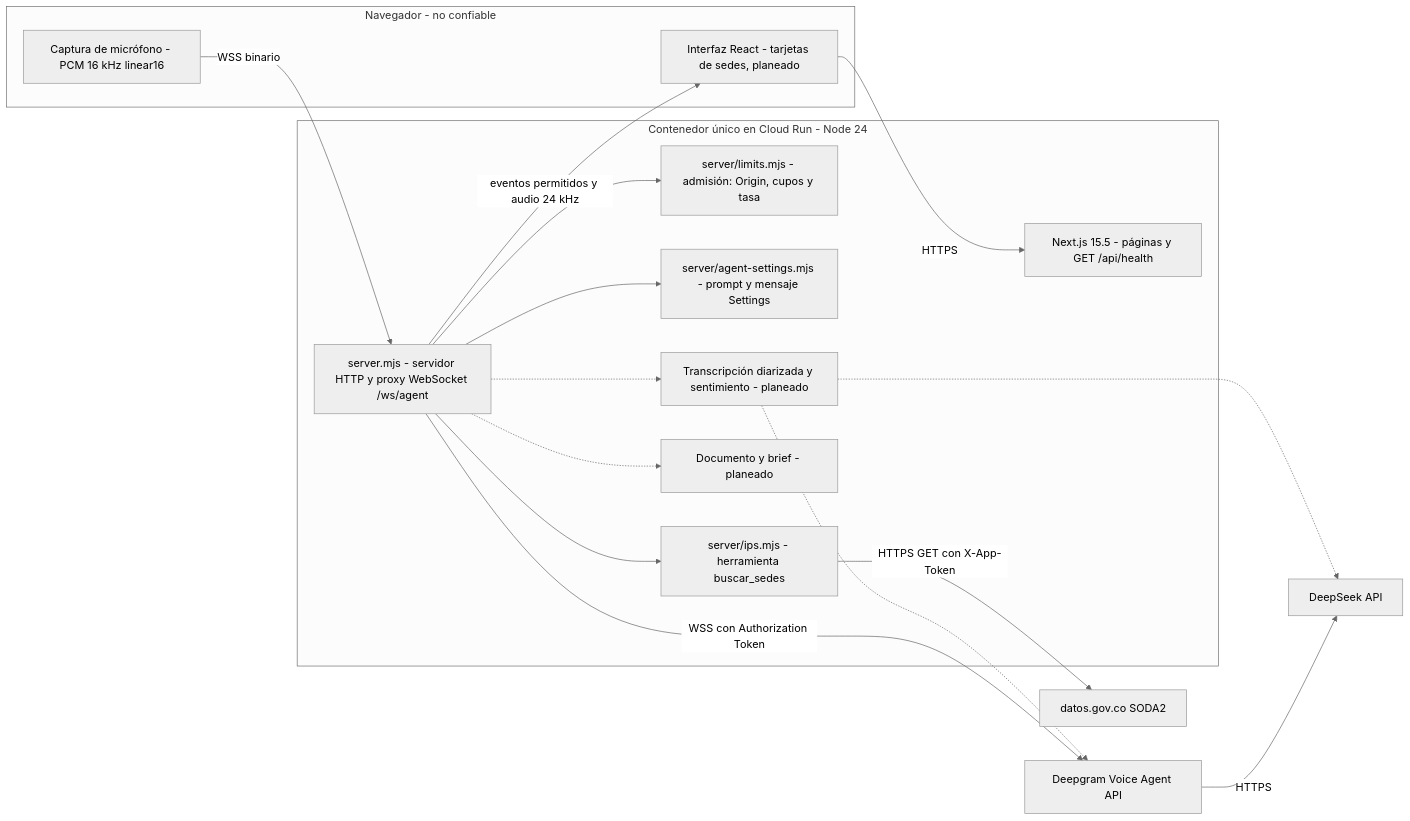
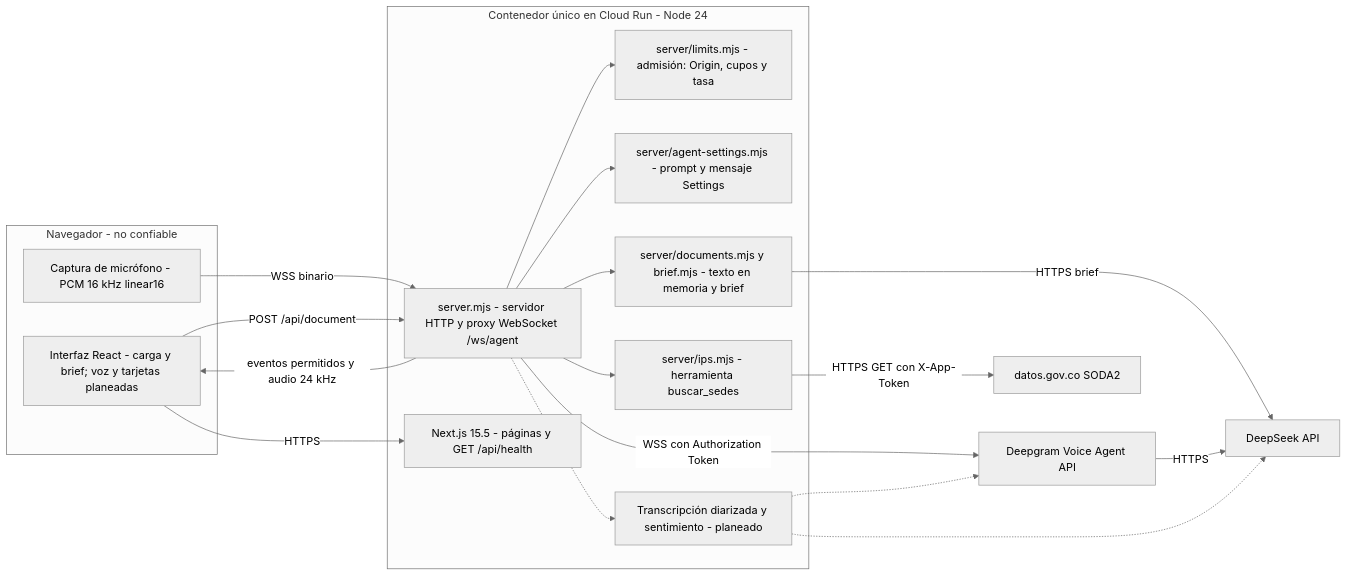
The second of 5 diagrams in docs/ARCHITECTURE.md (JacoboJaramillo/Hackathon), drawn with Mermaid (neutral theme) before and after one commit. The commit also changed other lines of this file and 26 other files, not shown here.

First line of the commit message:
feat: document upload with brief and document-grounded voice sessions

````diff
--- a/docs/ARCHITECTURE.md
+++ b/docs/ARCHITECTURE.md
@@ -47,35 +47,37 @@
 ```mermaid
 flowchart LR
   subgraph nav["Navegador - no confiable"]
-    ui["Interfaz React - tarjetas de sedes, planeado"]
+    ui["Interfaz React - carga y brief; voz y tarjetas planeadas"]
     mic["Captura de micrófono - PCM 16 kHz linear16"]
   end
 
   subgraph run["Contenedor único en Cloud Run - Node 24"]
     srv["server.mjs - servidor HTTP y proxy WebSocket /ws/agent"]
     nextjs["Next.js 15.5 - páginas y GET /api/health"]
     limits["server/limits.mjs - admisión: Origin, cupos y tasa"]
     settings["server/agent-settings.mjs - prompt y mensaje Settings"]
     ips["server/ips.mjs - herramienta buscar_sedes"]
-    docmod["Documento y brief - planeado"]
+    docmod["server/documents.mjs y brief.mjs - texto en memoria y brief"]
     diar["Transcripción diarizada y sentimiento - planeado"]
   end
 
   deepgram["Deepgram Voice Agent API"]
   deepseek["DeepSeek API"]
   datosgov["datos.gov.co SODA2"]
 
   ui -- "HTTPS" --> nextjs
   mic -- "WSS binario" --> srv
   srv -- "eventos permitidos y audio 24 kHz" --> ui
   srv --> limits
   srv --> settings
   srv --> ips
-  srv -.-> docmod
+  ui -- "POST /api/document" --> srv
+  srv --> docmod
+  docmod -- "HTTPS brief" --> deepseek
   srv -.-> diar
   srv -- "WSS con Authorization Token" --> deepgram
   deepgram -- "HTTPS" --> deepseek
   ips -- "HTTPS GET con X-App-Token" --> datosgov
   diar -.-> deepgram
   diar -.-> deepseek
 ```
````
